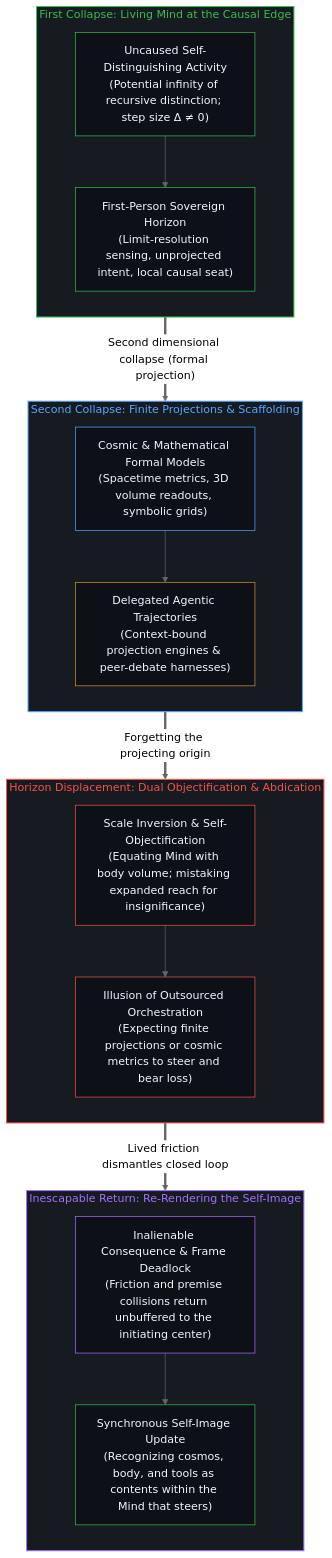
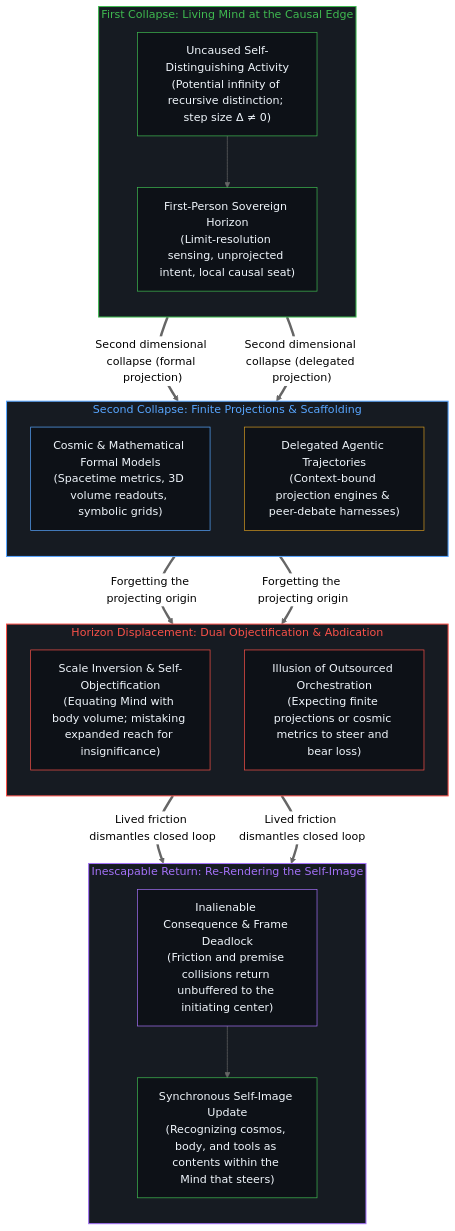
One commit to powerpig99/not-a-toe changed the second of 2 diagrams in content/posts/one-cannot-escape-ones-own-mind.md. Above: the diagram before and after it, drawn with Mermaid (neutral theme). The commit also changed other lines of this file and 6 other files, not shown here.

````diff
--- a/content/posts/one-cannot-escape-ones-own-mind.md
+++ b/content/posts/one-cannot-escape-ones-own-mind.md
@@ -116,42 +117,43 @@
 ```mermaid
 flowchart TD
     subgraph S_First["First Collapse: Living Mind at the Causal Edge"]
         direction TB
         F_Edge["Uncaused Self-Distinguishing Activity<br/>(Potential infinity of recursive distinction; step size Δ ≠ 0)"]
         F_Seat["First-Person Sovereign Horizon<br/>(Limit-resolution sensing, unprojected intent, local causal seat)"]
         F_Edge --> F_Seat
     end
     subgraph S_Second["Second Collapse: Finite Projections & Scaffolding"]
         direction TB
         P_Cosmic["Cosmic & Mathematical Formal Models<br/>(Spacetime metrics, 3D volume readouts, symbolic grids)"]
         P_Agent["Delegated Agentic Trajectories<br/>(Context-bound projection engines & peer-debate harnesses)"]
-        P_Cosmic --> P_Agent
     end
     subgraph S_Inversion["Horizon Displacement: Dual Objectification & Abdication"]
         direction TB
         I_Scale["Scale Inversion & Self-Objectification<br/>(Equating Mind with body volume; mistaking expanded reach for insignificance)"]
         I_Abdicate["Illusion of Outsourced Orchestration<br/>(Expecting finite projections or cosmic metrics to steer and bear loss)"]
-        I_Scale --> I_Abdicate
     end
     subgraph S_Return["Inescapable Return: Re-Rendering the Self-Image"]
         direction TB
         R_Lock["Inalienable Consequence & Frame Deadlock<br/>(Friction and premise collisions return unbuffered to the initiating center)"]
         R_Update["Synchronous Self-Image Update<br/>(Recognizing cosmos, body, and tools as contents within the Mind that steers)"]
         R_Lock --> R_Update
     end
     F_Seat ==>|"Second dimensional collapse (formal projection)"| P_Cosmic
-    P_Agent ==>|"Forgetting the projecting origin"| I_Scale
+    F_Seat ==>|"Second dimensional collapse (delegated projection)"| P_Agent
+    P_Cosmic ==>|"Forgetting the projecting origin"| I_Scale
+    P_Agent ==>|"Forgetting the projecting origin"| I_Abdicate
+    I_Scale ==>|"Lived friction dismantles closed loop"| R_Lock
     I_Abdicate ==>|"Lived friction dismantles closed loop"| R_Lock
     style S_First fill:#161b22,stroke:#3fb950,stroke-width:1.5px,color:#3fb950
     style S_Second fill:#161b22,stroke:#58a6ff,stroke-width:1.5px,color:#58a6ff
     style S_Inversion fill:#161b22,stroke:#f85149,stroke-width:1.5px,color:#f85149
     style S_Return fill:#161b22,stroke:#a371f7,stroke-width:1.5px,color:#a371f7
     style F_Edge fill:#0d1117,stroke:#3fb950,stroke-width:1px,color:#f0f6fc
     style F_Seat fill:#0d1117,stroke:#3fb950,stroke-width:1px,color:#f0f6fc
     style P_Cosmic fill:#0d1117,stroke:#58a6ff,stroke-width:1px,color:#f0f6fc
     style P_Agent fill:#0d1117,stroke:#d29922,stroke-width:1px,color:#f0f6fc
     style I_Scale fill:#0d1117,stroke:#f85149,stroke-width:1px,color:#f0f6fc
     style I_Abdicate fill:#0d1117,stroke:#f85149,stroke-width:1px,color:#f0f6fc
     style R_Lock fill:#0d1117,stroke:#a371f7,stroke-width:1px,color:#f0f6fc
     style R_Update fill:#0d1117,stroke:#3fb950,stroke-width:1px,color:#f0f6fc
 ```
````
